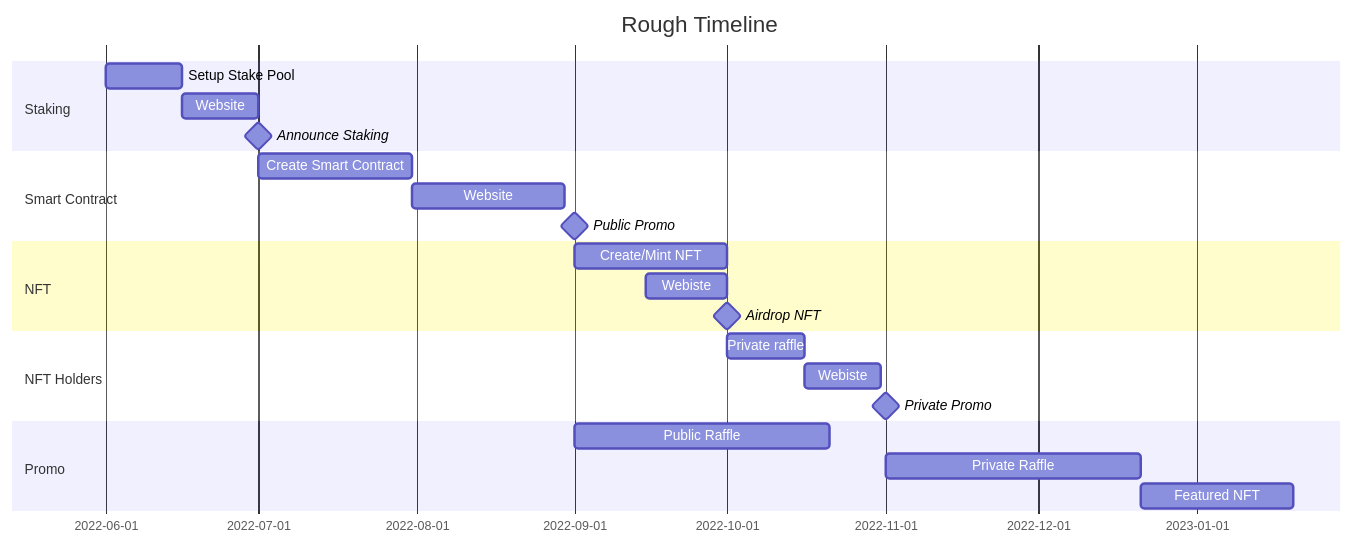
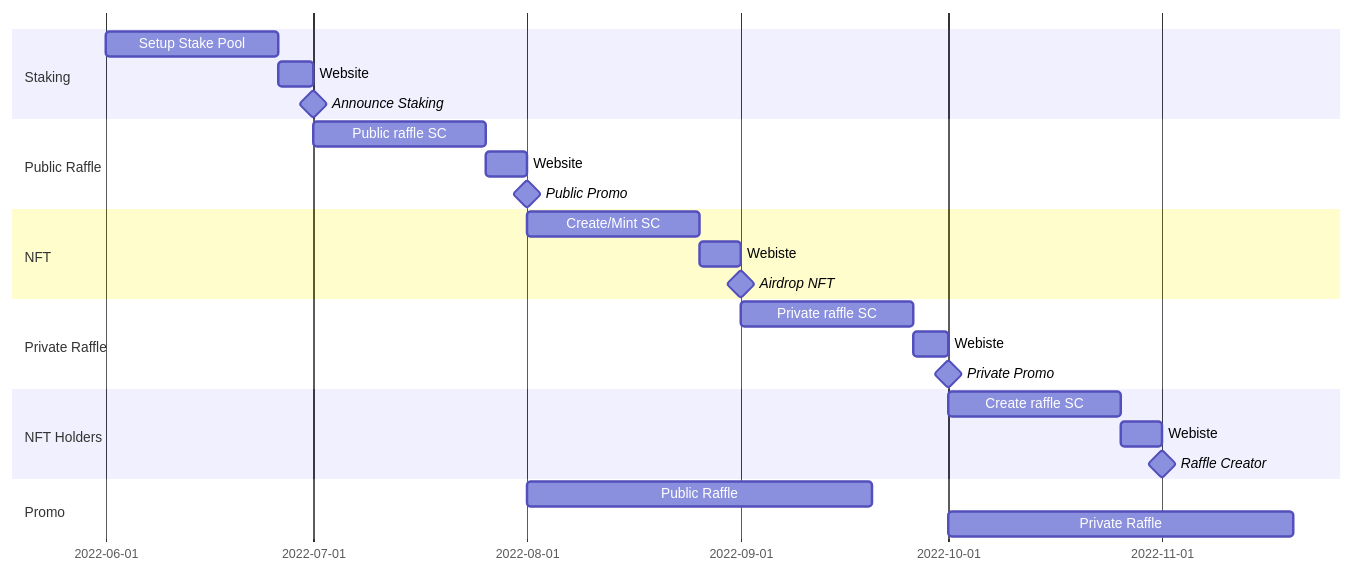
One commit to t5software/deraffle-docs changed the diagram in README.md. Above: the diagram before and after it, drawn with Mermaid. The commit also changed other lines of this file, not shown here.

````diff
--- a/README.md
+++ b/README.md
@@ -7,30 +50,33 @@
 ```mermaid
 gantt
-    title Rough Timeline
     dateFormat  YYYY-MM-DD
     
     Section Staking
-	    Setup Stake Pool  : a1, 2022-06-01, 15d
-	    Website  : after a1, 15d
+	    Setup Stake Pool  : a1, 2022-06-01, 25d
+	    Website  : after a1, 5d
 	    Announce Staking : milestone, 2022-07-01, 0d
 	    
-    Section Smart Contract
-	    Create Smart Contract  : b1, 2022-07-01, 30d
-	    Website  : after b1, 30d
-	    Public Promo : milestone, 2022-09-01, 0d
+    Section Public Raffle
+	    Public raffle SC  : b1, 2022-07-01, 25d
+	    Website  : after b1, 6d
+	    Public Promo : milestone, 2022-08-01, 0d
 
     Section NFT
-	    Create/Mint NFT  : c1, 2022-09-01, 30d
-	    Webiste  : c2, 2022-09-15, 16d
-	    Airdrop NFT : milestone, 2022-10-01, 0d
+	    Create/Mint SC  : c1, 2022-08-01, 25d
+	    Webiste  : after c1, 6d
+	    Airdrop NFT : milestone, 2022-09-01, 0d
+
+    Section Private Raffle
+	    Private raffle SC  : d1, 2022-09-01, 25d
+	    Webiste  : after d1, 5d
+	    Private Promo : milestone, 2022-10-01, 0d
 
     Section NFT Holders
-	    Private raffle  : d1, 2022-10-01, 15d
-	    Webiste  : after d1, 15d
-	    Private Promo : milestone, 2022-11-01, 0d
+	    Create raffle SC  : e1, 2022-10-01, 25d
+	    Webiste  : after e1, 6d
+	    Raffle Creator : milestone, 2022-11-01, 0d
 
     Section Promo
-	    Public Raffle  : e1, 2022-09-01, 50d
-	    Private Raffle  : e2, 2022-11-01, 50d
-	    Featured NFT  : after e2, 30d
+	    Public Raffle  : f1, 2022-08-01, 50d
+	    Private Raffle  : f2, 2022-10-01, 50d
 ```
````
